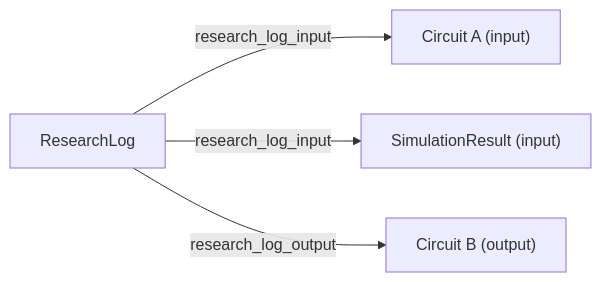
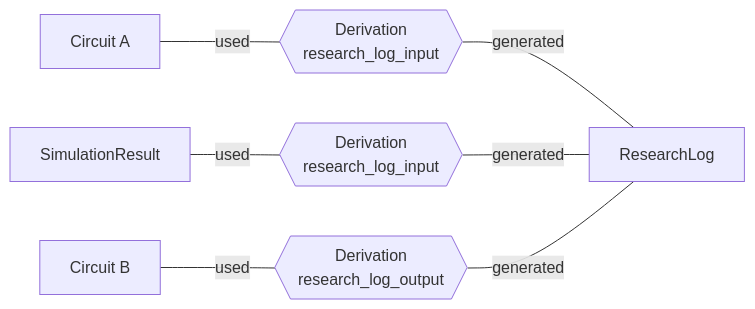
The diagram in docs/design/2026-10-research-log-entity.md (openbraininstitute/entitycore), drawn with Mermaid before and after one commit. The commit also changed other lines of this file, not shown here.

Commit message:
ResearchLog design: clarify the derivation diagram

````diff
--- a/docs/design/2026-10-research-log-entity.md
+++ b/docs/design/2026-10-research-log-entity.md
@@ -58,10 +60,6 @@
 ```mermaid
 flowchart LR
-    rl["ResearchLog"]
-    inA["Circuit A (input)"]
-    inB["SimulationResult (input)"]
-    out["Circuit B (output)"]
-    rl -- research_log_input --> inA
-    rl -- research_log_input --> inB
-    rl -- research_log_output --> out
+    inA["Circuit A"] ---|used| d1{{"Derivation<br/>research_log_input"}} ---|generated| rl["ResearchLog"]
+    inB["SimulationResult"] ---|used| d2{{"Derivation<br/>research_log_input"}} ---|generated| rl
+    out["Circuit B"] ---|used| d3{{"Derivation<br/>research_log_output"}} ---|generated| rl
 ```
````
